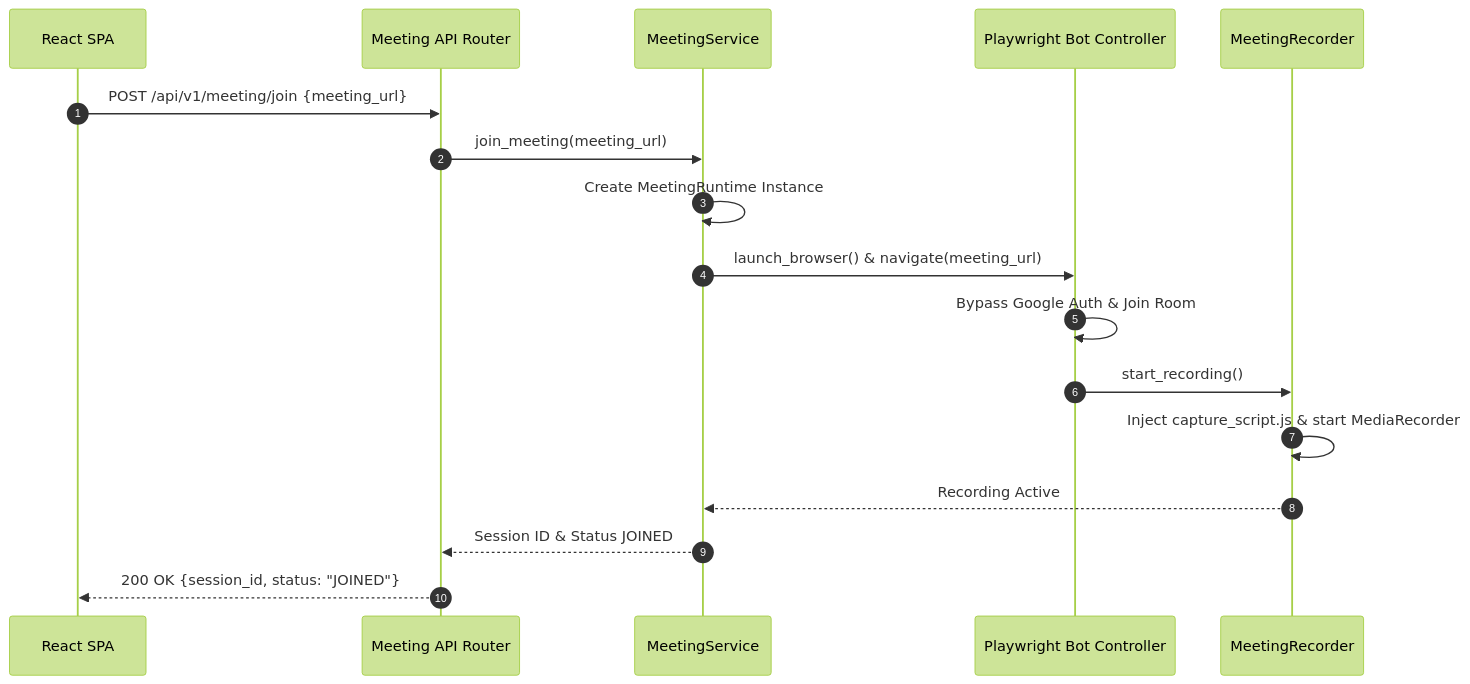
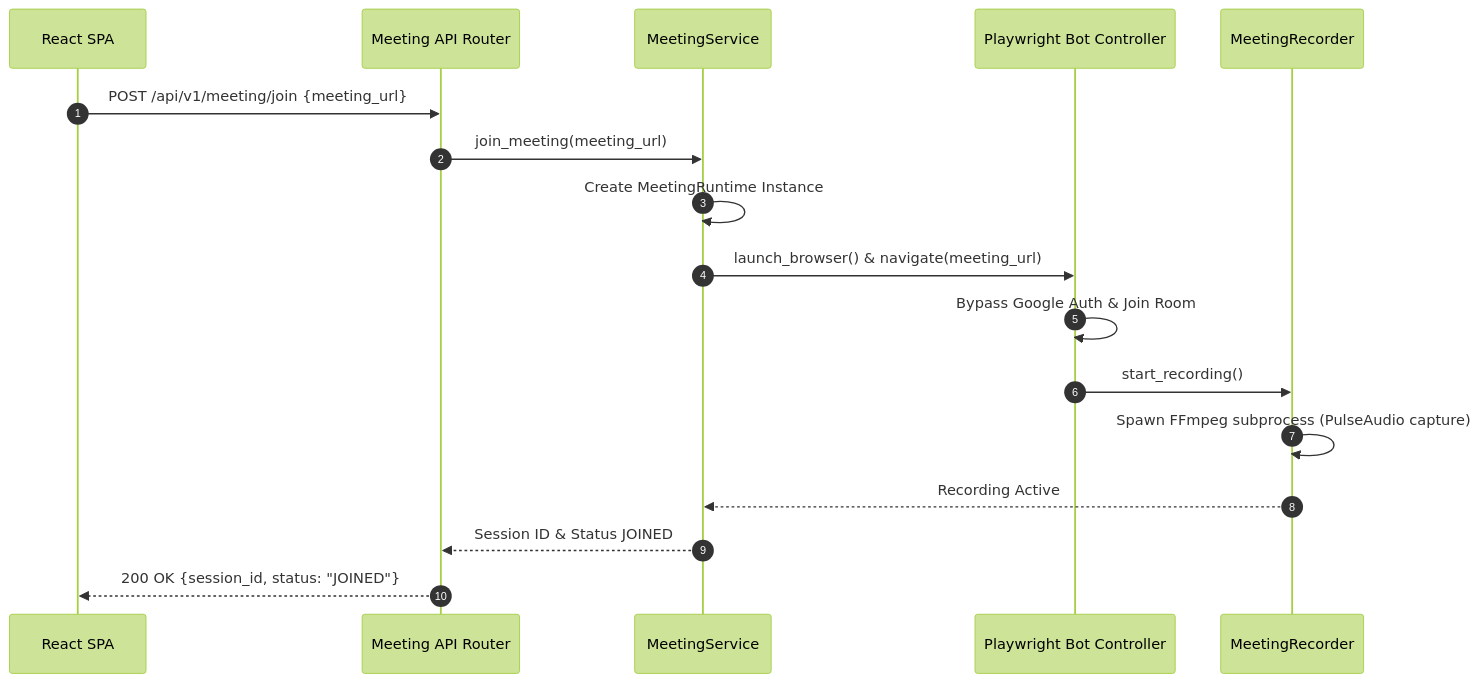
Before and after one commit to CoderArindam/Xyntra: the fifth of 11 diagrams in docs/10_CODE_EXECUTION_FLOW.md, drawn with Mermaid (forest theme). The commit also changed other lines of this file and 19 other files, not shown here.

First line of the commit message:
feat(meeting): prepare KAIO Meeting Bot for Linux VPS deployment and fix audio capture

````diff
--- a/docs/10_CODE_EXECUTION_FLOW.md
+++ b/docs/10_CODE_EXECUTION_FLOW.md
@@ -111,20 +111,20 @@
 ```mermaid
 sequenceDiagram
     autonumber
     participant User as React SPA
     participant API as Meeting API Router
     participant Service as MeetingService
     participant Bot as Playwright Bot Controller
     participant Rec as MeetingRecorder
 
     User->>API: POST /api/v1/meeting/join {meeting_url}
     API->>Service: join_meeting(meeting_url)
     Service->>Service: Create MeetingRuntime Instance
     Service->>Bot: launch_browser() & navigate(meeting_url)
     Bot->>Bot: Bypass Google Auth & Join Room
     Bot->>Rec: start_recording()
-    Rec->>Rec: Inject capture_script.js & start MediaRecorder
+    Rec->>Rec: Spawn FFmpeg subprocess (PulseAudio capture)
     Rec-->>Service: Recording Active
     Service-->>API: Session ID & Status JOINED
     API-->>User: 200 OK {session_id, status: "JOINED"}
 ```
````
